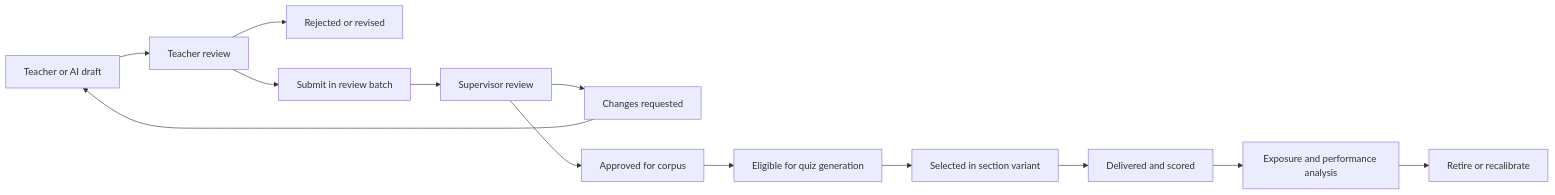
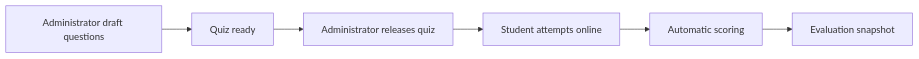
The diagram in docs/design/05-assessment-common-subtopic-mastery-quizzes.md (aushakanuj/education-platform), drawn with Mermaid before and after one commit. The commit also changed other lines of this file and 12 other files, not shown here.

First line of the commit message:
Expand design docs with student experience and revised product structure.

````diff
--- a/docs/design/05-assessment-common-subtopic-mastery-quizzes.md
+++ b/docs/design/05-assessment-common-subtopic-mastery-quizzes.md
@@ -177,15 +73,8 @@
 ```mermaid
 flowchart LR
-    Draft[Teacher or AI draft] --> TeacherReview[Teacher review]
-    TeacherReview --> Reject[Rejected or revised]
-    TeacherReview --> Submit[Submit in review batch]
-    Submit --> SupervisorReview[Supervisor review]
-    SupervisorReview --> Changes[Changes requested]
-    Changes --> Draft
-    SupervisorReview --> Approve[Approved for corpus]
-    Approve --> Eligible[Eligible for quiz generation]
-    Eligible --> Selected[Selected in section variant]
-    Selected --> Delivered[Delivered and scored]
-    Delivered --> Analyze[Exposure and performance analysis]
-    Analyze --> Retire[Retire or recalibrate]
+    Draft[Administrator draft questions] --> Ready[Quiz ready]
+    Ready --> Released[Administrator releases quiz]
+    Released --> Attempted[Student attempts online]
+    Attempted --> Scored[Automatic scoring]
+    Scored --> Snapshot[Evaluation snapshot]
 ```
````
